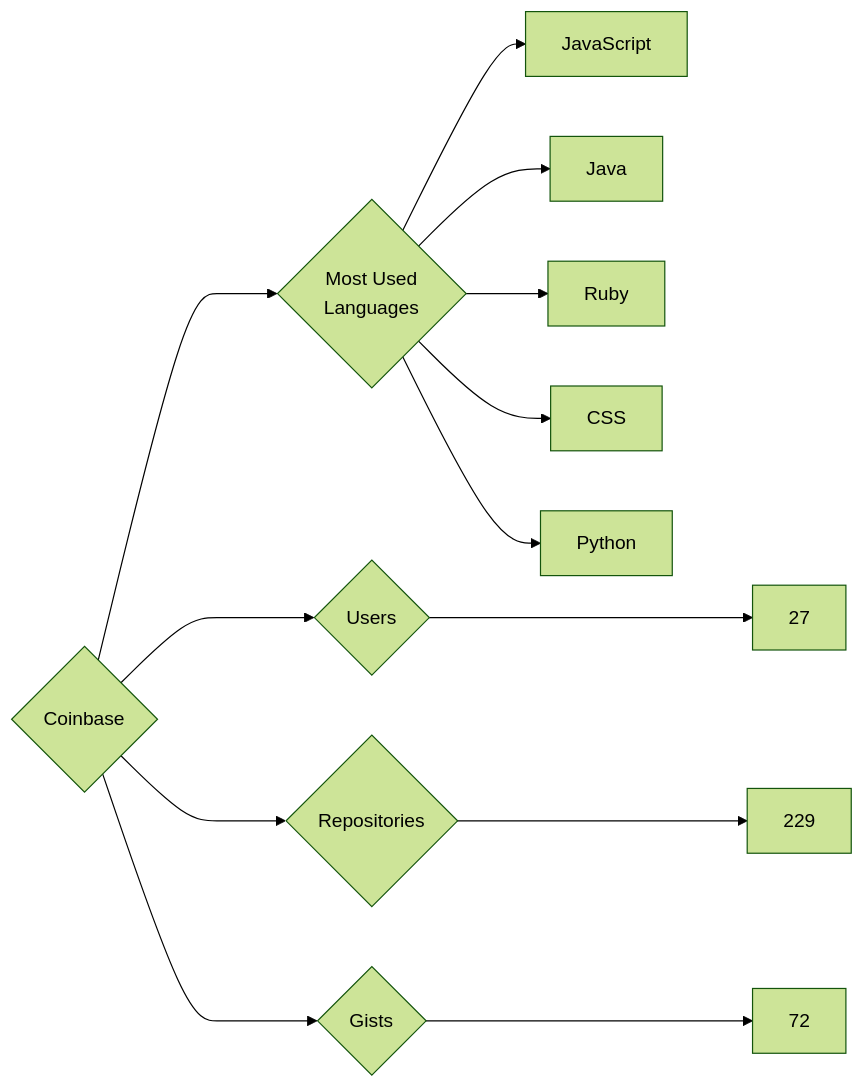
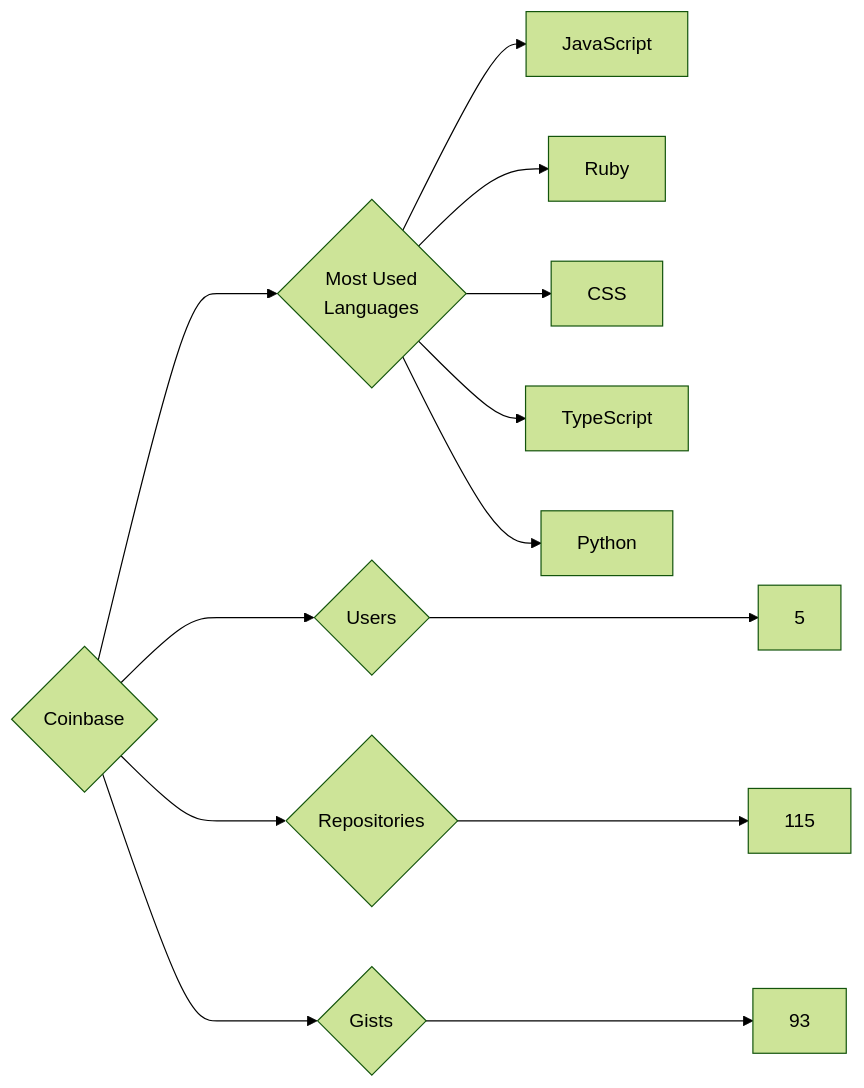
One commit to trickest/insiders changed the diagram in targets/Coinbase/README.md. Above: the diagram before and after it, drawn with Mermaid (forest theme). The commit also changed 553 other files, not shown here.

````diff
--- a/targets/Coinbase/README.md
+++ b/targets/Coinbase/README.md
@@ -3,13 +3,13 @@
 ```mermaid
 graph LR
 COMPANY_NAME{Coinbase}
-COMPANY_NAME ---> U{Users} ---> UN[27]
-COMPANY_NAME ---> R{Repositories} ---> RN[229]
-COMPANY_NAME ---> G{Gists} ---> GN[72]
+COMPANY_NAME ---> U{Users} ---> UN[5]
+COMPANY_NAME ---> R{Repositories} ---> RN[115]
+COMPANY_NAME ---> G{Gists} ---> GN[93]
 COMPANY_NAME ---> ML{Most Used<br>Languages}
 ML --> JavaScript[JavaScript]
-ML --> Java[Java]
 ML --> Ruby[Ruby]
 ML --> CSS[CSS]
+ML --> TypeScript[TypeScript]
 ML --> Python[Python]
 ```
````
